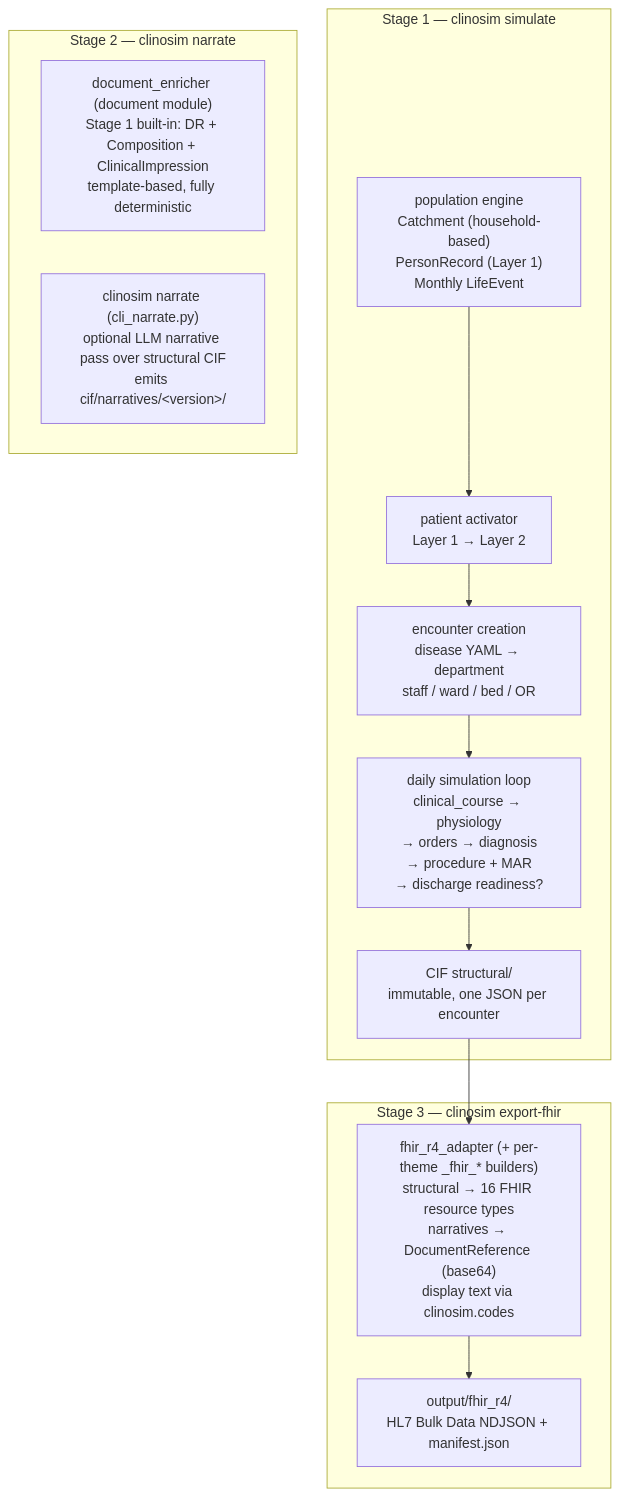
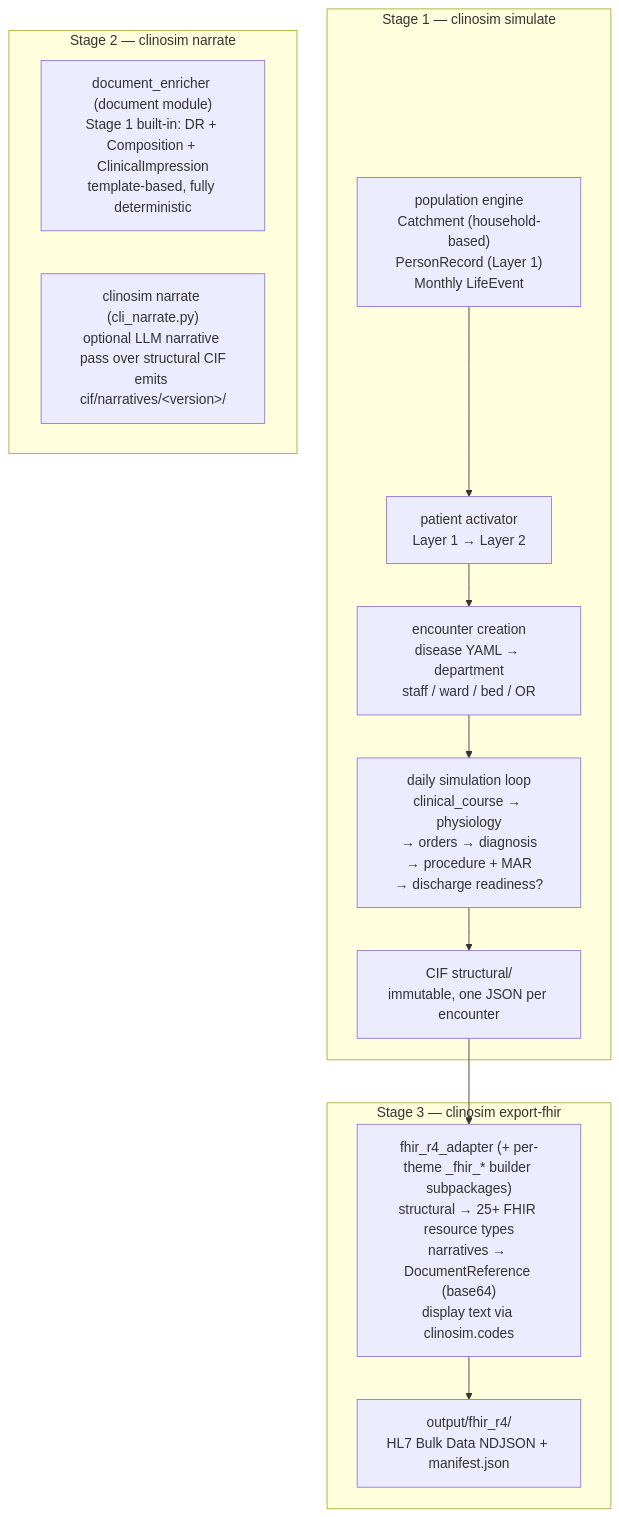
The diagram in docs/architecture/data-flow.md (TomoOkuyama/clinosim), drawn with Mermaid before and after one commit. The commit also changed 80 other files, not shown here.

````diff
--- a/docs/architecture/data-flow.md
+++ b/docs/architecture/data-flow.md
@@ -7,24 +7,24 @@
 ```mermaid
 flowchart TD
     subgraph stage1["Stage 1 — clinosim simulate"]
         pop["population engine<br/>Catchment (household-based)<br/>PersonRecord (Layer 1)<br/>Monthly LifeEvent"]
         act["patient activator<br/>Layer 1 → Layer 2"]
         enc["encounter creation<br/>disease YAML → department<br/>staff / ward / bed / OR"]
         loop["daily simulation loop<br/>clinical_course → physiology<br/>→ orders → diagnosis<br/>→ procedure + MAR<br/>→ discharge readiness?"]
         cif_s["CIF structural/<br/>immutable, one JSON per encounter"]
         pop --> act --> enc --> loop --> cif_s
     end
 
     subgraph stage2["Stage 2 — clinosim narrate"]
         gen2["document_enricher (document module)<br/>Stage 1 built-in: DR + Composition + ClinicalImpression<br/>template-based, fully deterministic"]
         llm2["clinosim narrate (cli_narrate.py)<br/>optional LLM narrative pass over structural CIF<br/>emits cif/narratives/&lt;version&gt;/"]
     end
 
     subgraph stage3["Stage 3 — clinosim export-fhir"]
-        adapter["fhir_r4_adapter (+ per-theme _fhir_* builders)<br/>structural → 16 FHIR resource types<br/>narratives → DocumentReference (base64)<br/>display text via clinosim.codes"]
+        adapter["fhir_r4_adapter (+ per-theme _fhir_* builder subpackages)<br/>structural → 25+ FHIR resource types<br/>narratives → DocumentReference (base64)<br/>display text via clinosim.codes"]
         fhir["output/fhir_r4/<br/>HL7 Bulk Data NDJSON + manifest.json"]
         adapter --> fhir
     end
 
     cif_s --> adapter
 ```
````
